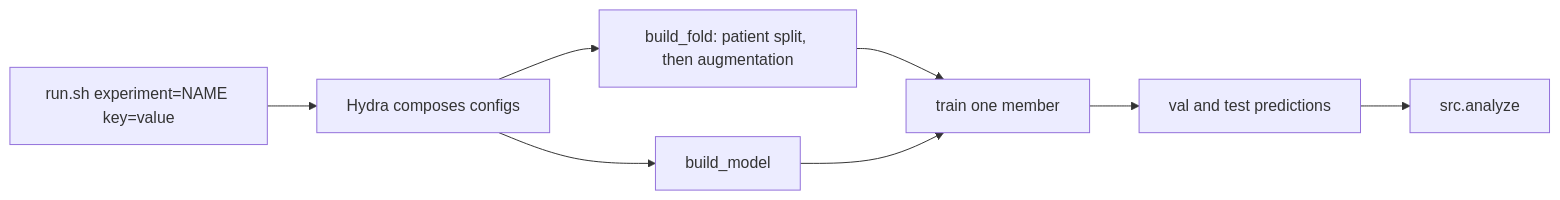
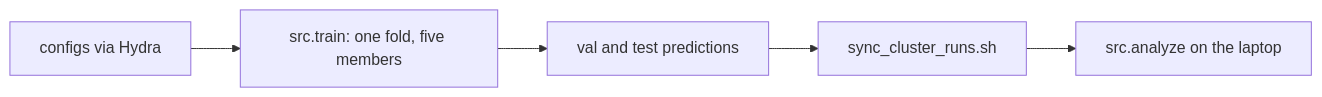
Before and after one commit to ADLM-Multimodal-Uncertainty/adlm-multimodal-uncertainty: the diagram in README.md, drawn with Mermaid. The commit also changed other lines of this file, not shown here.

````diff
--- a/README.md
+++ b/README.md
@@ -142,10 +209,7 @@
 ```mermaid
 flowchart LR
-  cmd["run.sh experiment=NAME key=value"] --> compose[Hydra composes configs]
-  compose --> fold["build_fold: patient split, then augmentation"]
-  compose --> model[build_model]
-  fold --> train[train one member]
-  model --> train
-  train --> evaluate["val and test predictions"]
-  evaluate --> report["src.analyze"]
+  cfg["configs via Hydra"] --> train["src.train: one fold, five members"]
+  train --> preds["val and test predictions"]
+  preds --> copy["sync_cluster_runs.sh"]
+  copy --> report["src.analyze on the laptop"]
 ```
````
